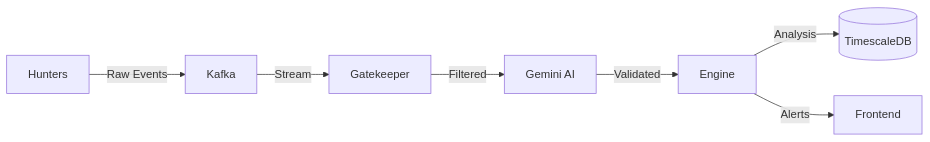
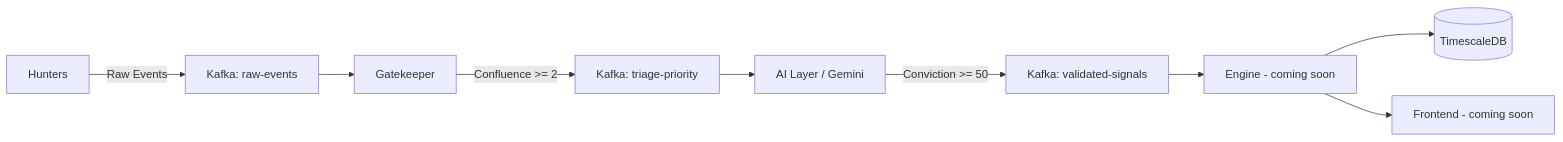
The diagram in README.md (Alesiobarquin/catalyst), drawn with Mermaid before and after one commit. The commit also changed other lines of this file and 9 other files, not shown here.

````diff
--- a/README.md
+++ b/README.md
@@ -17,9 +20,11 @@
 ```mermaid
 graph LR
-    H[Hunters] -->|Raw Events| K[Kafka]
-    K -->|Stream| G[Gatekeeper]
-    G -->|Filtered| A["Gemini AI"]
-    A -->|Validated| E[Engine]
-    E -->|Analysis| D[(TimescaleDB)]
-    E -->|Alerts| F[Frontend]
+    H[Hunters] -->|Raw Events| K[Kafka: raw-events]
+    K --> G[Gatekeeper]
+    G -->|Confluence >= 2| T[Kafka: triage-priority]
+    T --> A[AI Layer / Gemini]
+    A -->|Conviction >= 50| V[Kafka: validated-signals]
+    V --> E[Engine - coming soon]
+    E --> D[(TimescaleDB)]
+    E --> F[Frontend - coming soon]
 ```
````
